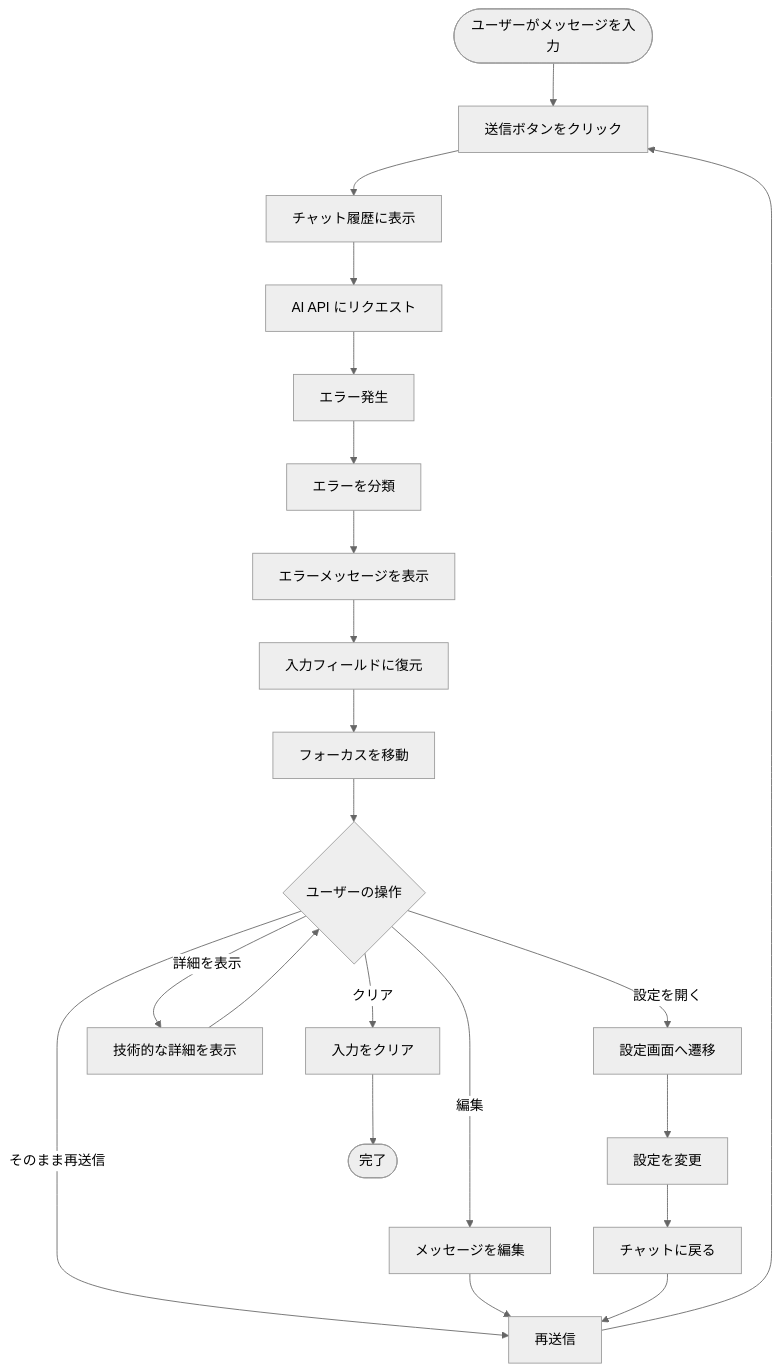
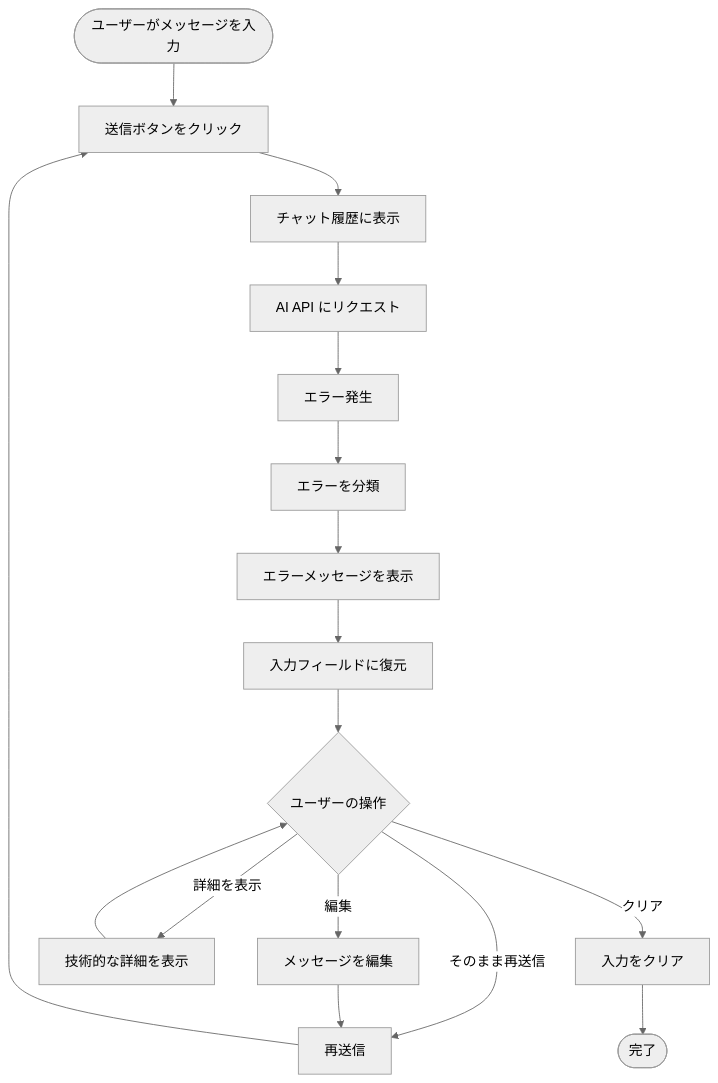
One commit to mosaan/electron-ai-starter changed the third of 4 diagrams in docs/CHAT_ERROR_HANDLING_DESIGN.md. Above: the diagram before and after it, drawn with Mermaid (neutral theme). The commit also changed other lines of this file, not shown here.

````diff
--- a/docs/CHAT_ERROR_HANDLING_DESIGN.md
+++ b/docs/CHAT_ERROR_HANDLING_DESIGN.md
@@ -414,26 +345,21 @@
 ```mermaid
 graph TB
     Start([ユーザーがメッセージを入力]) --> Send[送信ボタンをクリック]
     Send --> Display[チャット履歴に表示]
     Display --> API[AI API にリクエスト]
     API --> Error[エラー発生]
     Error --> Categorize[エラーを分類]
     Categorize --> ShowError[エラーメッセージを表示]
     ShowError --> Restore[入力フィールドに復元]
-    Restore --> Focus[フォーカスを移動]
-    Focus --> UserAction{ユーザーの操作}
+    Restore --> UserAction{ユーザーの操作}
 
     UserAction -->|編集| Edit[メッセージを編集]
     UserAction -->|そのまま再送信| Retry[再送信]
-    UserAction -->|設定を開く| Settings[設定画面へ遷移]
     UserAction -->|詳細を表示| Details[技術的な詳細を表示]
     UserAction -->|クリア| Clear[入力をクリア]
 
     Edit --> Retry
     Retry --> Send
-    Settings --> Configure[設定を変更]
-    Configure --> Back[チャットに戻る]
-    Back --> Retry
     Details --> UserAction
     Clear --> End([完了])
 ```
````
